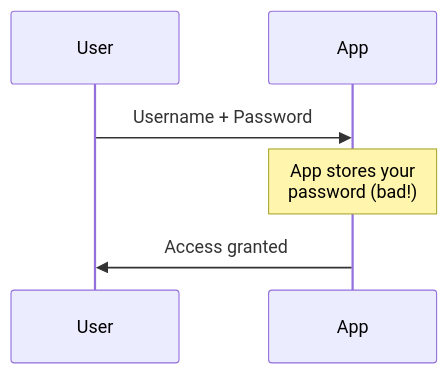
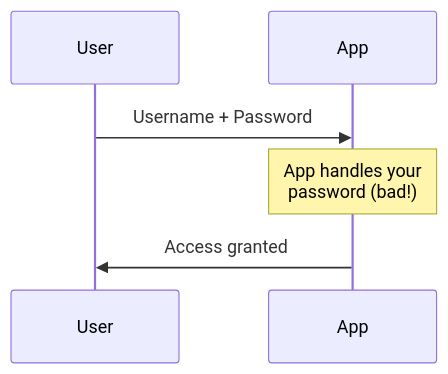
Before and after one commit to OneUptime/blog: the first of 7 diagrams in posts/2025-12-16-what-is-oauth-and-how-does-it-work/README.md, drawn with Mermaid. The commit also changed other lines of this file and 2 other files, not shown here.

````diff
--- a/posts/2025-12-16-what-is-oauth-and-how-does-it-work/README.md
+++ b/posts/2025-12-16-what-is-oauth-and-how-does-it-work/README.md
@@ -21,9 +21,9 @@
 ```mermaid
 sequenceDiagram
     participant User
     participant App
 
     User->>App: Username + Password
-    Note over App: App stores your<br/>password (bad!)
+    Note over App: App handles your<br/>password (bad!)
     App->>User: Access granted
 ```
````
